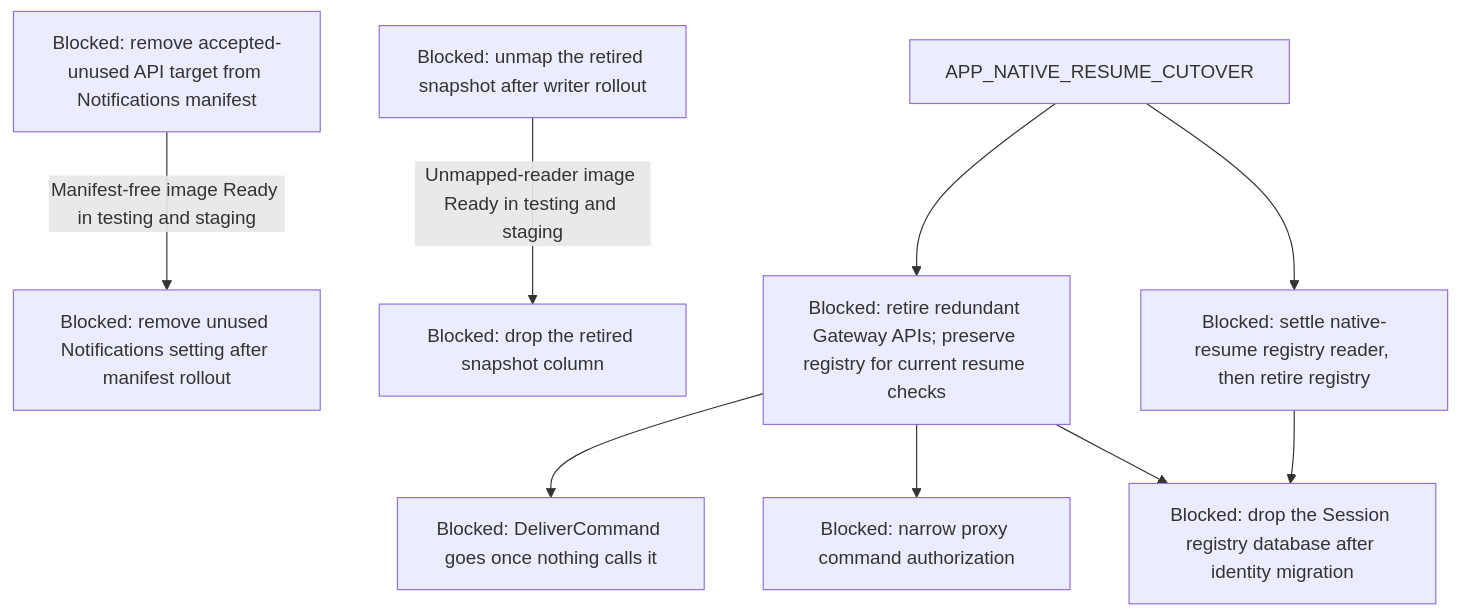
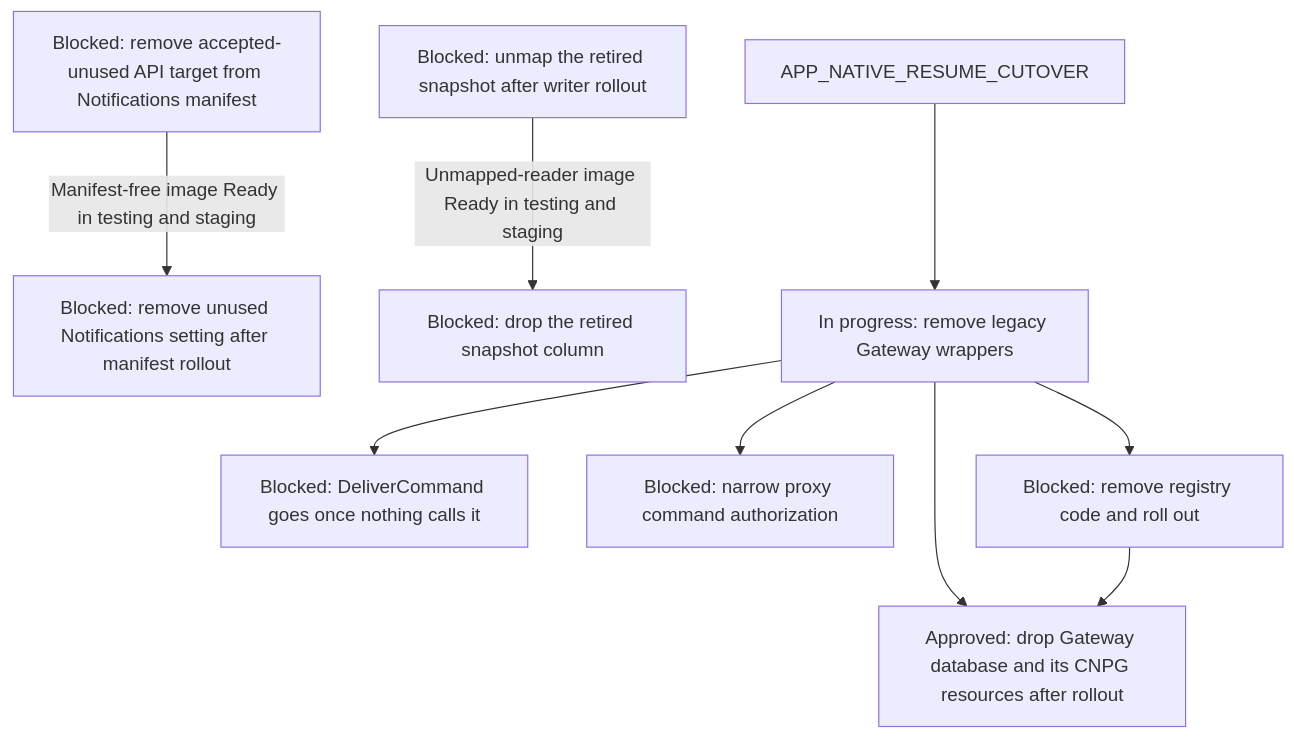
One commit to agentydragon-agent/ducktape changed diagram 15 of 16 in agentplane/plans/task_dag.md. Above: the diagram before and after it, drawn with Mermaid. The commit also changed other lines of this file, not shown here.

First line of the commit message:
Sequence Gateway database retirement before Go cutover (#10707)

````diff
--- a/agentplane/plans/task_dag.md
+++ b/agentplane/plans/task_dag.md
@@ -1320,19 +1310,19 @@
 ```mermaid
 flowchart TD
     RUNNER_COMMAND_RPCS[Blocked: DeliverCommand goes once nothing calls it]
     NOTIFICATION_GATEWAY_TARGET_MANIFEST_RETIRE[Blocked: remove accepted-unused API target from Notifications manifest]
     NOTIFICATION_GATEWAY_TARGET_READER_RETIRE[Blocked: remove unused Notifications setting after manifest rollout]
     NOTIFICATION_GATEWAY_TARGET_MANIFEST_RETIRE -->|Manifest-free image Ready in testing and staging| NOTIFICATION_GATEWAY_TARGET_READER_RETIRE
     DISPATCHER_OPENING_ATTACHED_READ_RETIRE[Blocked: unmap the retired snapshot after writer rollout]
     DISPATCHER_OPENING_ATTACHED_READ_RETIRE -->|Unmapped-reader image Ready in testing and staging| DISPATCHER_OPENING_ATTACHED_COLUMN_DROP[Blocked: drop the retired snapshot column]
     GATEWAY_WRAPPER_RETIRE --> RUNNER_COMMAND_RPCS
-    GATEWAY_WRAPPER_RETIRE[Blocked: retire redundant Gateway APIs; preserve registry for current resume checks]
+    GATEWAY_WRAPPER_RETIRE[In progress: remove legacy Gateway wrappers]
     APP_NATIVE_RESUME_CUTOVER --> GATEWAY_WRAPPER_RETIRE
-    GATEWAY_DATABASE_DROP[Blocked: drop the Session registry database after identity migration]
+    GATEWAY_DATABASE_DROP[Approved: drop Gateway database and its CNPG resources after rollout]
     PROXY_START_METHODS_DISPATCHER_ONLY[Blocked: narrow proxy command authorization]
     GATEWAY_WRAPPER_RETIRE --> PROXY_START_METHODS_DISPATCHER_ONLY
     GATEWAY_WRAPPER_RETIRE --> GATEWAY_DATABASE_DROP
-    GATEWAY_SESSION_REGISTRY_RETIRE[Blocked: settle native-resume registry reader, then retire registry]
-    APP_NATIVE_RESUME_CUTOVER --> GATEWAY_SESSION_REGISTRY_RETIRE
+    GATEWAY_SESSION_REGISTRY_RETIRE[Blocked: remove registry code and roll out]
+    GATEWAY_WRAPPER_RETIRE --> GATEWAY_SESSION_REGISTRY_RETIRE
     GATEWAY_SESSION_REGISTRY_RETIRE --> GATEWAY_DATABASE_DROP
 ```
````
